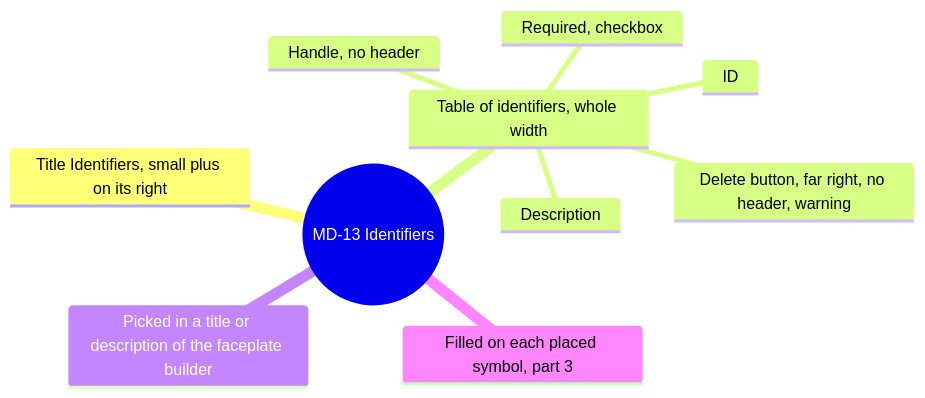
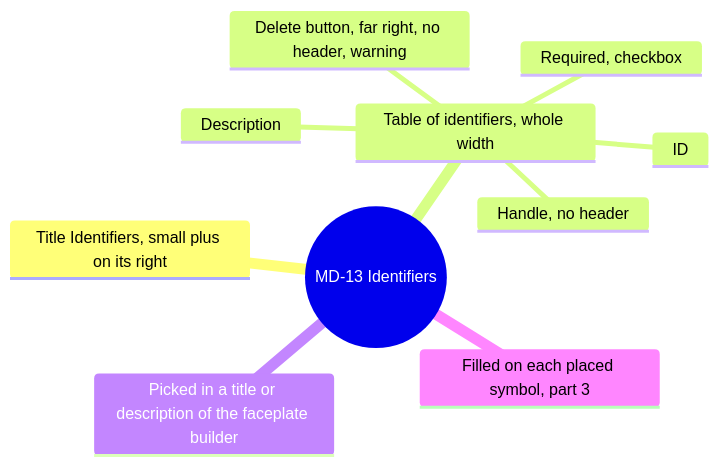
One commit to AlexandreGallais/synoptic-studio-spec changed diagram 16 of 16 in screens/metadata.md. Above: the diagram before and after it, drawn with Mermaid. The commit also changed other lines of this file and 6 other files, not shown here.

````diff
--- a/screens/metadata.md
+++ b/screens/metadata.md
@@ -556,13 +556,13 @@
 ```mermaid
 mindmap
   root((MD-13 Identifiers))
     Title Identifiers, small plus on its right
     Table of identifiers, whole width
       Handle, no header
       ID
+      Required, checkbox
       Description
-      Required, checkbox
       Delete button, far right, no header, warning
     Picked in a title or description of the faceplate builder
     Filled on each placed symbol, part 3
 ```
````
